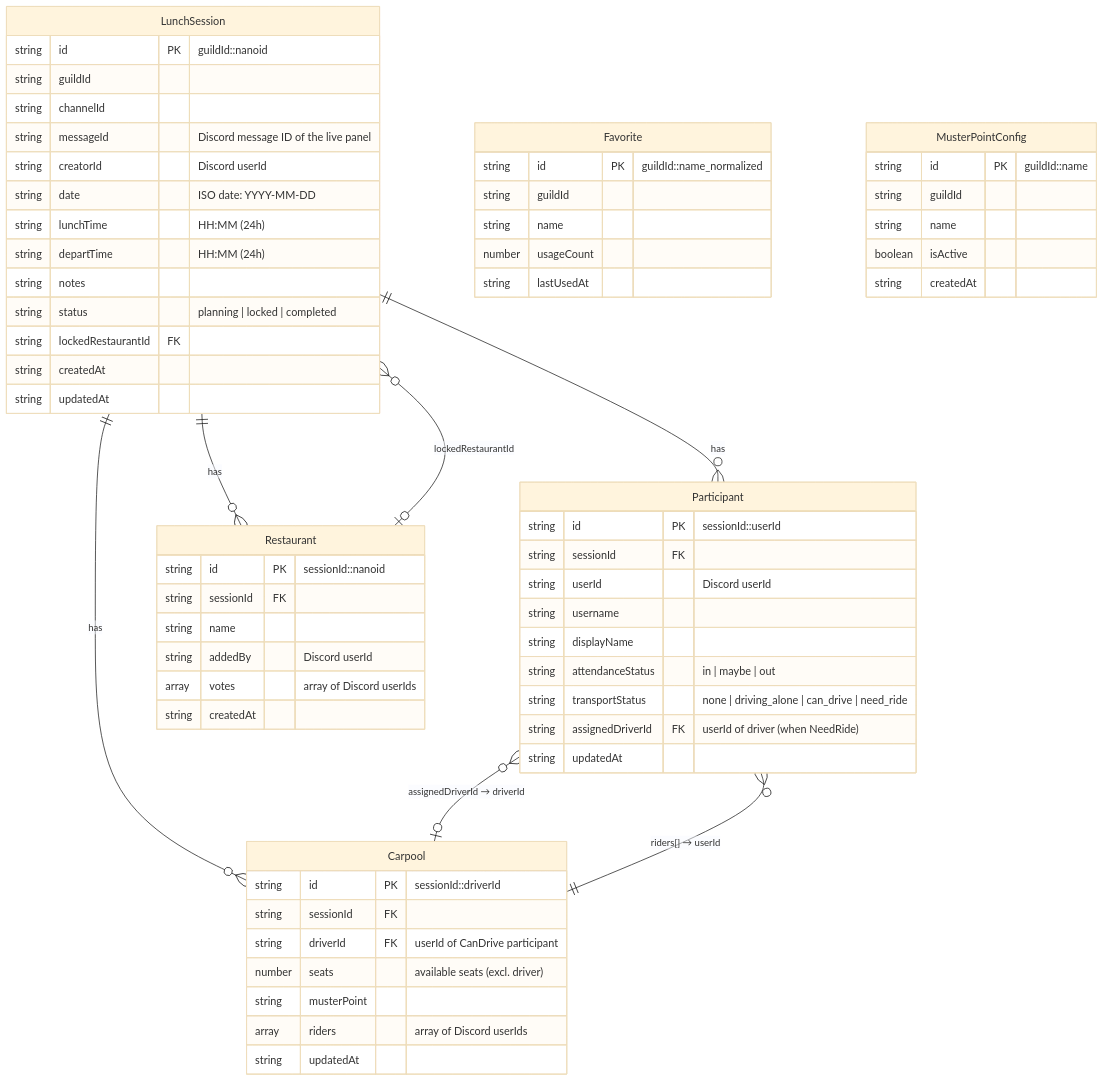
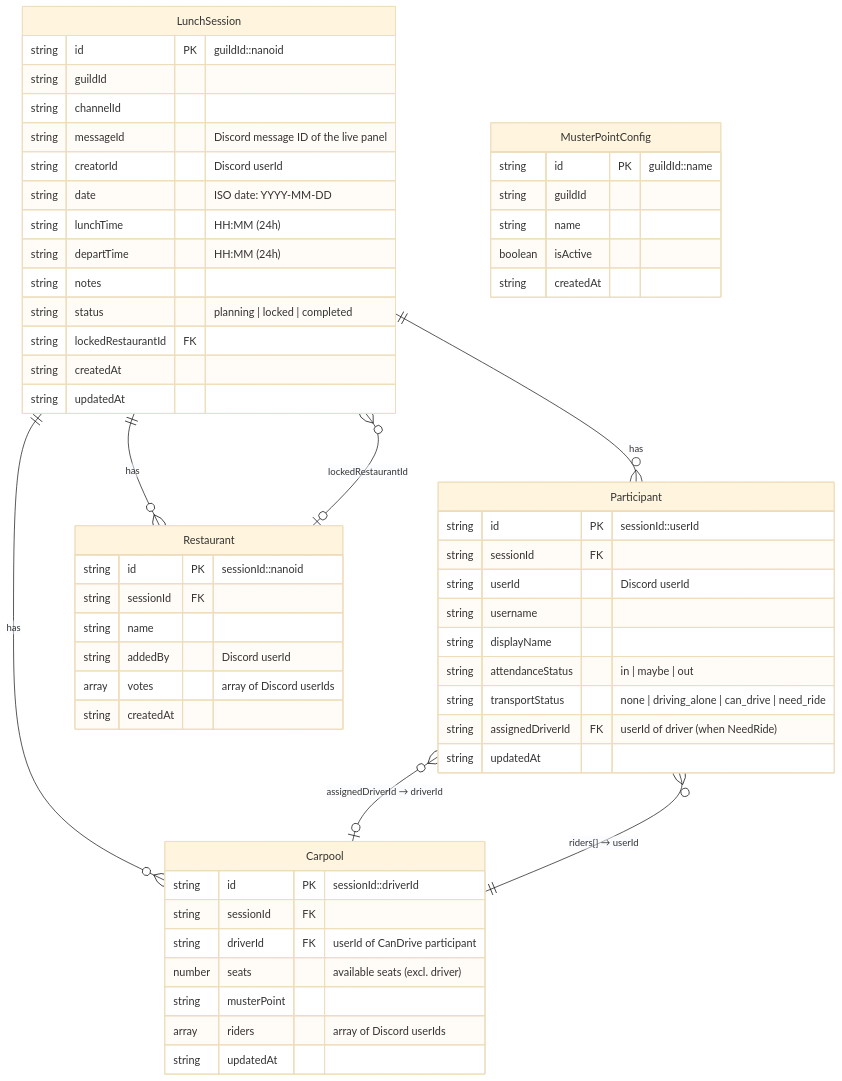
One commit to marlobello/munchassemble changed the diagram in docs/erd.md. Above: the diagram before and after it, drawn with Mermaid (base theme). The commit also changed other lines of this file and 40 other files, not shown here.

````diff
--- a/docs/erd.md
+++ b/docs/erd.md
@@ -6,72 +6,64 @@
 ```mermaid
 erDiagram
     LunchSession {
         string id PK "guildId::nanoid"
         string guildId
         string channelId
         string messageId "Discord message ID of the live panel"
         string creatorId "Discord userId"
         string date "ISO date: YYYY-MM-DD"
         string lunchTime "HH:MM (24h)"
         string departTime "HH:MM (24h)"
         string notes
         string status "planning | locked | completed"
         string lockedRestaurantId FK
         string createdAt
         string updatedAt
     }
 
     Participant {
         string id PK "sessionId::userId"
         string sessionId FK
         string userId "Discord userId"
         string username
         string displayName
         string attendanceStatus "in | maybe | out"
         string transportStatus "none | driving_alone | can_drive | need_ride"
         string assignedDriverId FK "userId of driver (when NeedRide)"
         string updatedAt
     }
 
     Restaurant {
         string id PK "sessionId::nanoid"
         string sessionId FK
         string name
         string addedBy "Discord userId"
         array votes "array of Discord userIds"
         string createdAt
     }
 
     Carpool {
         string id PK "sessionId::driverId"
         string sessionId FK
         string driverId FK "userId of CanDrive participant"
         number seats "available seats (excl. driver)"
         string musterPoint
         array riders "array of Discord userIds"
         string updatedAt
     }
 
-    Favorite {
-        string id PK "guildId::name_normalized"
-        string guildId
-        string name
-        number usageCount
-        string lastUsedAt
-    }
-
     MusterPointConfig {
         string id PK "guildId::name"
         string guildId
         string name
         boolean isActive
         string createdAt
     }
 
     LunchSession ||--o{ Participant : "has"
     LunchSession ||--o{ Restaurant : "has"
     LunchSession ||--o{ Carpool : "has"
     LunchSession }o--o| Restaurant : "lockedRestaurantId"
     Participant }o--o| Carpool : "assignedDriverId → driverId"
     Carpool ||--o{ Participant : "riders[] → userId"
 ```
````
